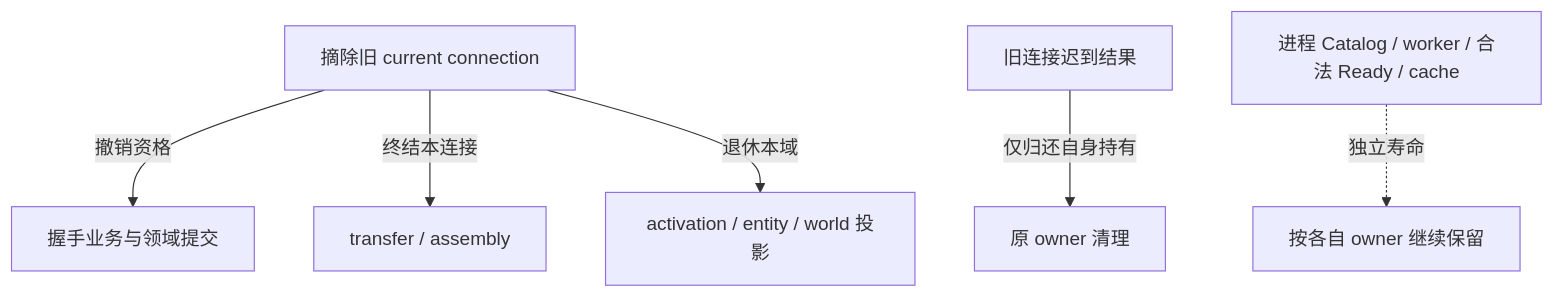
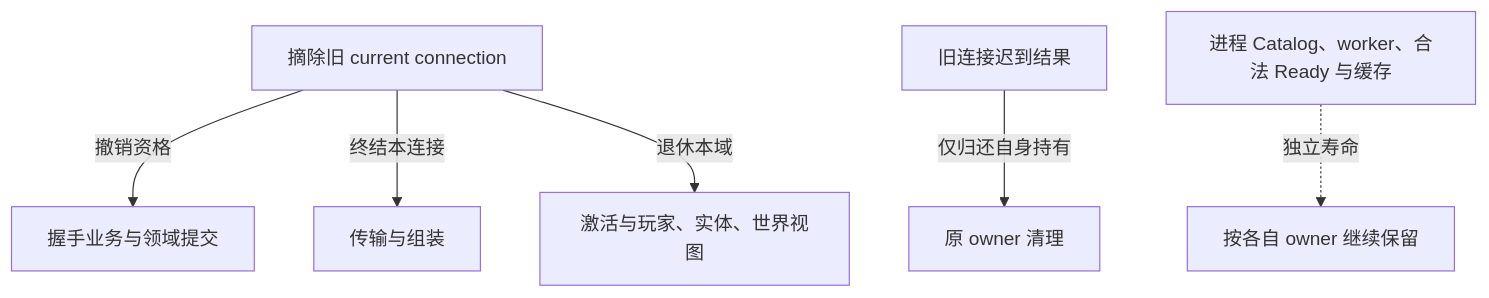
The second of 2 diagrams in docs/architecture/network/overview.md (YesSteveModel/YesSteveModel), drawn with Mermaid before and after one commit. The commit also changed other lines of this file and 1109 other files, not shown here.

````diff
--- a/docs/architecture/network/overview.md
+++ b/docs/architecture/network/overview.md
@@ -114,8 +116,8 @@
 ```mermaid
 flowchart TB
     Revoke["摘除旧 current connection"] -->|撤销资格| Business["握手业务与领域提交"]
-    Revoke -->|终结本连接| Transfer["transfer / assembly"]
-    Revoke -->|退休本域| Projection["activation / entity / world 投影"]
+    Revoke -->|终结本连接| Transfer["传输与组装"]
+    Revoke -->|退休本域| Projection["激活与玩家、实体、世界视图"]
     Late["旧连接迟到结果"] -->|仅归还自身持有| Close["原 owner 清理"]
-    Shared["进程 Catalog / worker / 合法 Ready / cache"] -. 独立寿命 .-> Keep["按各自 owner 继续保留"]
+    Shared["进程 Catalog、worker、合法 Ready 与缓存"] -. 独立寿命 .-> Keep["按各自 owner 继续保留"]
 ```
````
